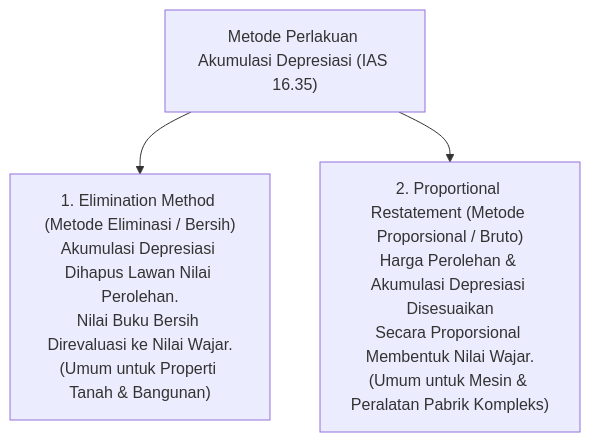
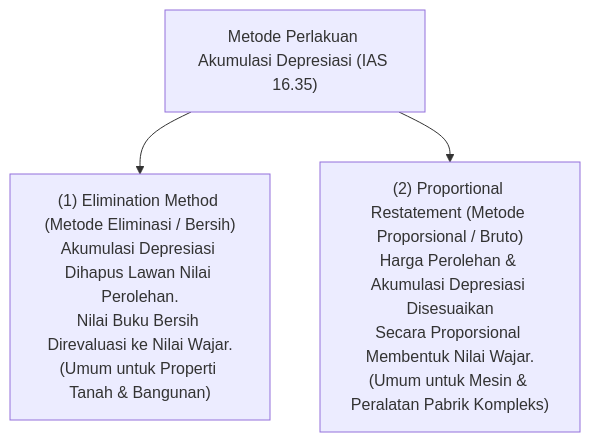
The second of 2 diagrams in content/08-assets/asset-revaluation.md (alimurrofid/erp-notes), drawn with Mermaid before and after one commit. The commit also changed other lines of this file and 132 other files, not shown here.

````diff
--- a/content/08-assets/asset-revaluation.md
+++ b/content/08-assets/asset-revaluation.md
@@ -49,8 +49,8 @@
 ```mermaid
 graph TD
     RevMethods["Metode Perlakuan Akumulasi Depresiasi (IAS 16.35)"]
-    Net["1. Elimination Method (Metode Eliminasi / Bersih)<br/>Akumulasi Depresiasi Dihapus Lawan Nilai Perolehan.<br/>Nilai Buku Bersih Direvaluasi ke Nilai Wajar.<br/>(Umum untuk Properti Tanah & Bangunan)"]
-    Gross["2. Proportional Restatement (Metode Proporsional / Bruto)<br/>Harga Perolehan & Akumulasi Depresiasi Disesuaikan<br/>Secara Proporsional Membentuk Nilai Wajar.<br/>(Umum untuk Mesin & Peralatan Pabrik Kompleks)"]
+    Net["(1) Elimination Method (Metode Eliminasi / Bersih)<br/>Akumulasi Depresiasi Dihapus Lawan Nilai Perolehan.<br/>Nilai Buku Bersih Direvaluasi ke Nilai Wajar.<br/>(Umum untuk Properti Tanah & Bangunan)"]
+    Gross["(2) Proportional Restatement (Metode Proporsional / Bruto)<br/>Harga Perolehan & Akumulasi Depresiasi Disesuaikan<br/>Secara Proporsional Membentuk Nilai Wajar.<br/>(Umum untuk Mesin & Peralatan Pabrik Kompleks)"]
     RevMethods --> Net
     RevMethods --> Gross
 ```
````
